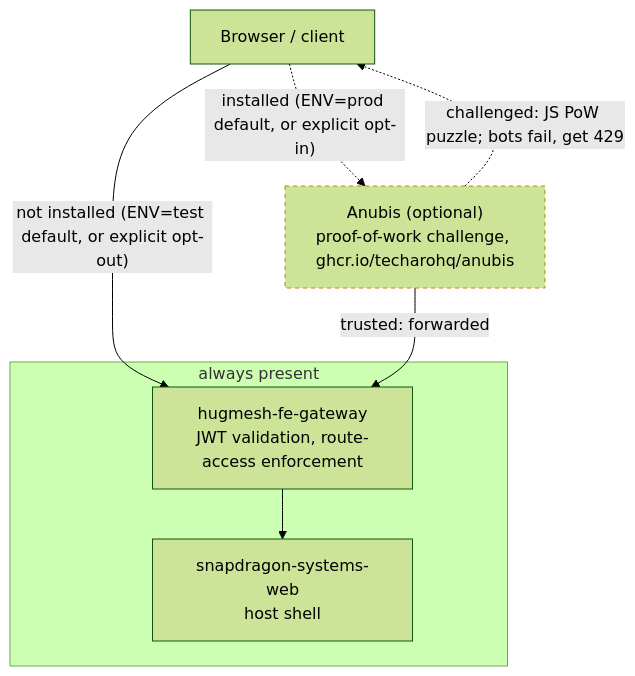
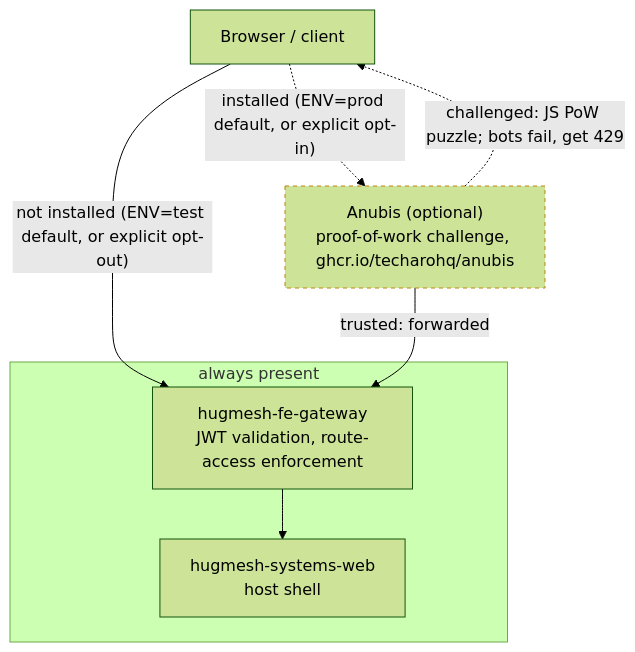
Before and after one commit to hugmesh/hugmesh-fe-gateway: the third of 3 diagrams in README.md, drawn with Mermaid (forest theme). The commit also changed other lines of this file, not shown here.

First line of the commit message:
docs(rename): purge snapdragon tokens; record the resolved hugmesh-systems-web Service rename

````diff
--- a/README.md
+++ b/README.md
@@ -430,21 +414,21 @@
 ```mermaid
 flowchart TD
     client["Browser / client"]
     anubis["Anubis (optional)<br/>proof-of-work challenge, ghcr.io/techarohq/anubis"]
     feg["hugmesh-fe-gateway<br/>JWT validation, route-access enforcement"]
-    web["snapdragon-systems-web<br/>host shell"]
+    web["hugmesh-systems-web<br/>host shell"]
 
     client -.->|"installed (ENV=prod default, or explicit opt-in)"| anubis
     client -->|"not installed (ENV=test default, or explicit opt-out)"| feg
     anubis -->|"trusted: forwarded"| feg
     anubis -.->|"challenged: JS PoW puzzle; bots fail, get 429"| client
     feg --> web
 
     subgraph shipped["always present"]
         feg
         web
     end
 
     classDef optional stroke-dasharray:4,stroke:#b8860b
     class anubis optional
 ```
````
